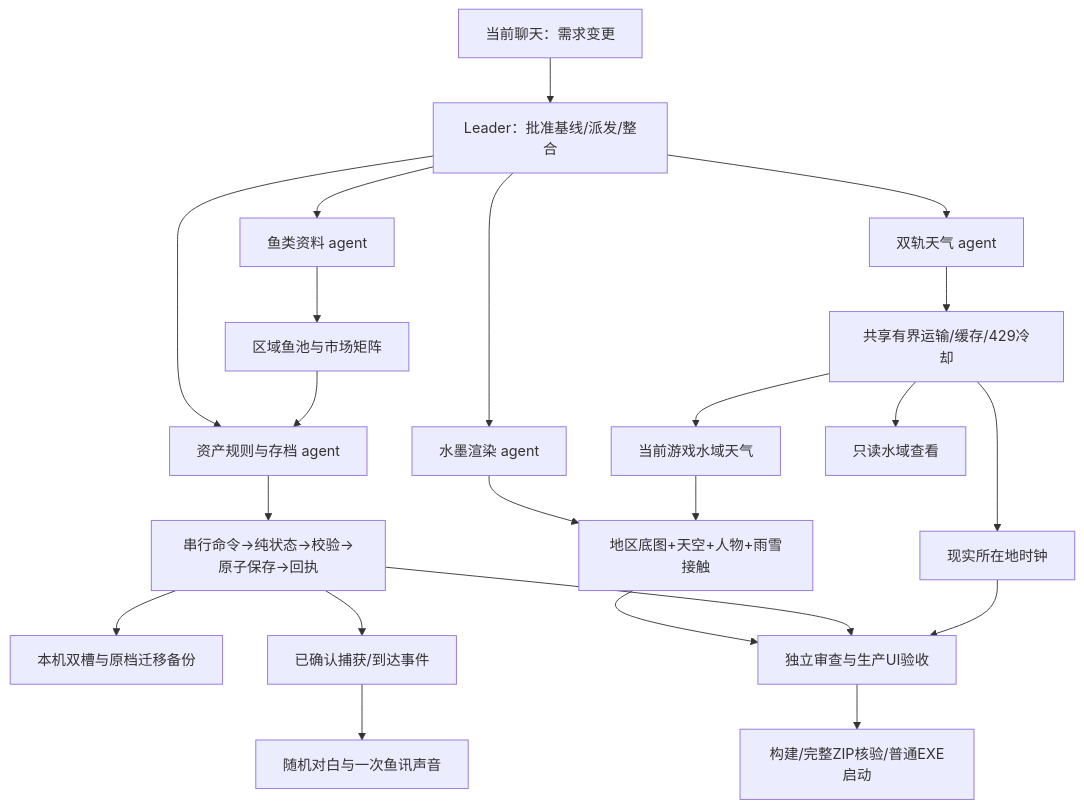
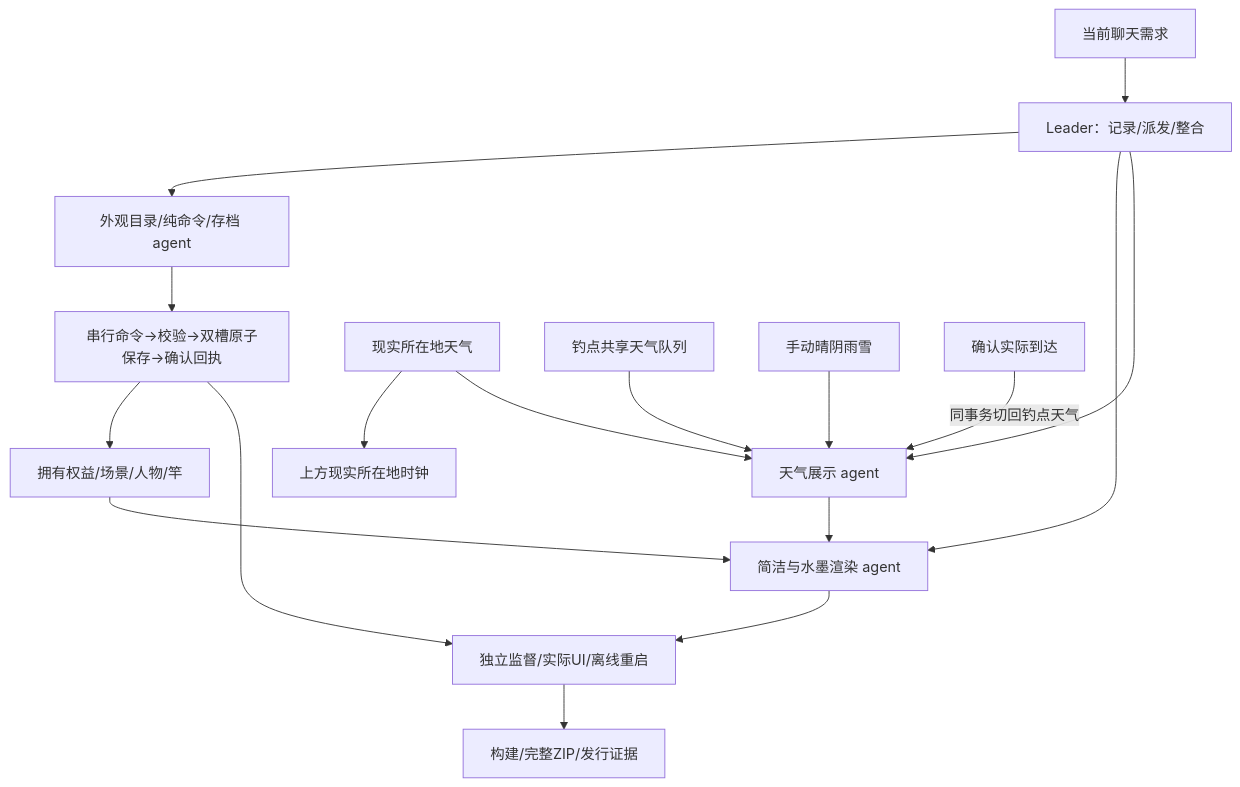
Before and after one commit to C-xudco/PondClock: the diagram in README.md, drawn with Mermaid. The commit also changed other lines of this file and 60 other files, not shown here.

First line of the commit message:
feat: add purchasable visual packs and selectable scene weather

````diff
--- a/README.md
+++ b/README.md
@@ -90,24 +64,19 @@
 ```mermaid
 flowchart TD
-  Chat[当前聊天：需求变更] --> Leader[Leader：批准基线/派发/整合]
-  Leader --> Rules[资产规则与存档 agent]
-  Leader --> Weather[双轨天气 agent]
-  Leader --> Art[水墨渲染 agent]
-  Leader --> Fish[鱼类资料 agent]
-  Rules --> Session[串行命令→纯状态→校验→原子保存→回执]
-  Session --> Disk[本机双槽与原档迁移备份]
-  Weather --> Queue[共享有界运输/缓存/429冷却]
-  Queue --> Header[现实所在地时钟]
-  Queue --> Scene[当前游戏水域天气]
-  Queue --> Viewer[只读水域查看]
-  Art --> Pond[地区底图+天空+人物+雨雪接触]
-  Scene --> Pond
-  Session --> Events[已确认捕获/到达事件]
-  Events --> Dialogue[随机对白与一次鱼讯声音]
-  Fish --> Data[区域鱼池与市场矩阵]
-  Data --> Rules
-  Pond --> Review[独立审查与生产UI验收]
+  Chat[当前聊天需求] --> Leader[Leader：记录/派发/整合]
+  Leader --> Domain[外观目录/纯命令/存档 agent]
+  Leader --> Art[简洁与水墨渲染 agent]
+  Leader --> Weather[天气展示 agent]
+  Domain --> Session[串行命令→校验→双槽原子保存→确认回执]
+  Session --> Slots[拥有权益/场景/人物/竿]
+  Slots --> Art
+  IP[现实所在地天气] --> Clock[上方现实所在地时钟]
+  IP --> Weather
+  Sites[钓点共享天气队列] --> Weather
+  Manual[手动晴阴雨雪] --> Weather
+  Arrival[确认实际到达] -->|同事务切回钓点天气| Weather
+  Weather --> Art
+  Art --> Review[独立监督/实际UI/离线重启]
   Session --> Review
-  Header --> Review
-  Review --> Release[构建/完整ZIP核验/普通EXE启动]
+  Review --> Release[构建/完整ZIP/发行证据]
 ```
````
